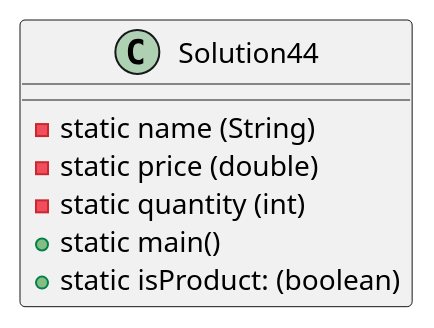
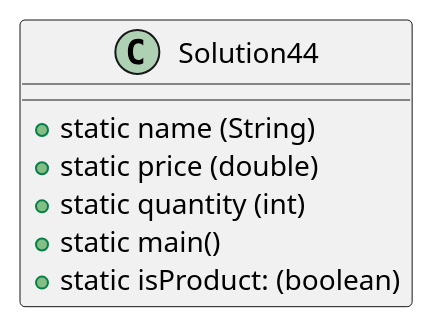
The diagram in exercise44/docs/diagram.puml (mathdude3482/Jaro-a04), drawn with PlantUML before and after one commit. The commit also changed 2 other files, not shown here.

Commit message:
Updated test code, UML diagram, and added JUnit testing.

```diff
--- a/exercise44/docs/diagram.puml
+++ b/exercise44/docs/diagram.puml
@@ -1,9 +1,9 @@
 @startuml
 class Solution44{
-    -static name (String)
-    -static price (double)
-    -static quantity (int)
+    +static name (String)
+    +static price (double)
+    +static quantity (int)
     +static main()
     +static isProduct: (boolean)
     }
 @enduml
```
